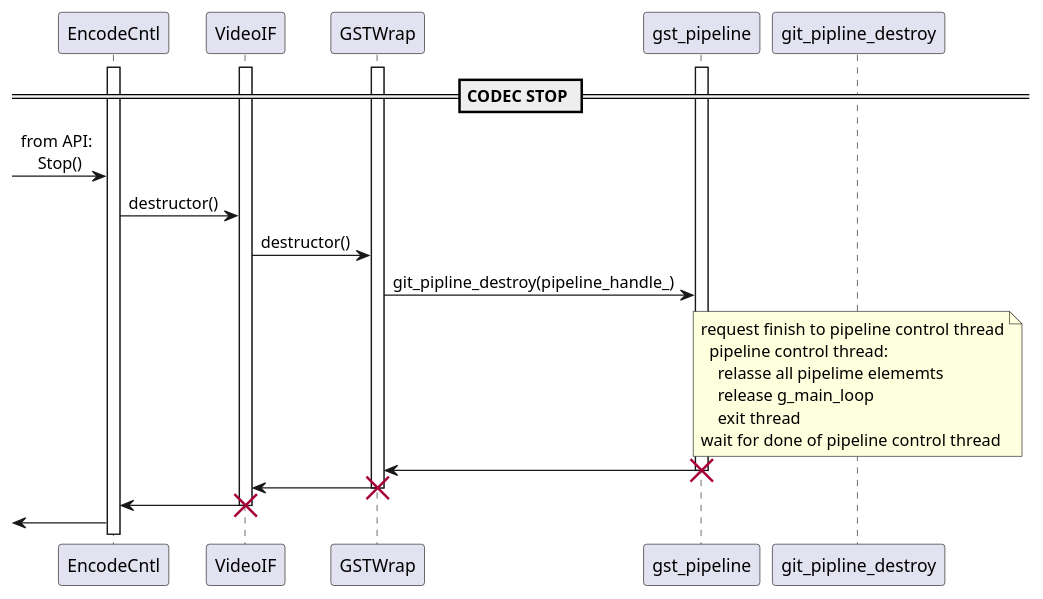
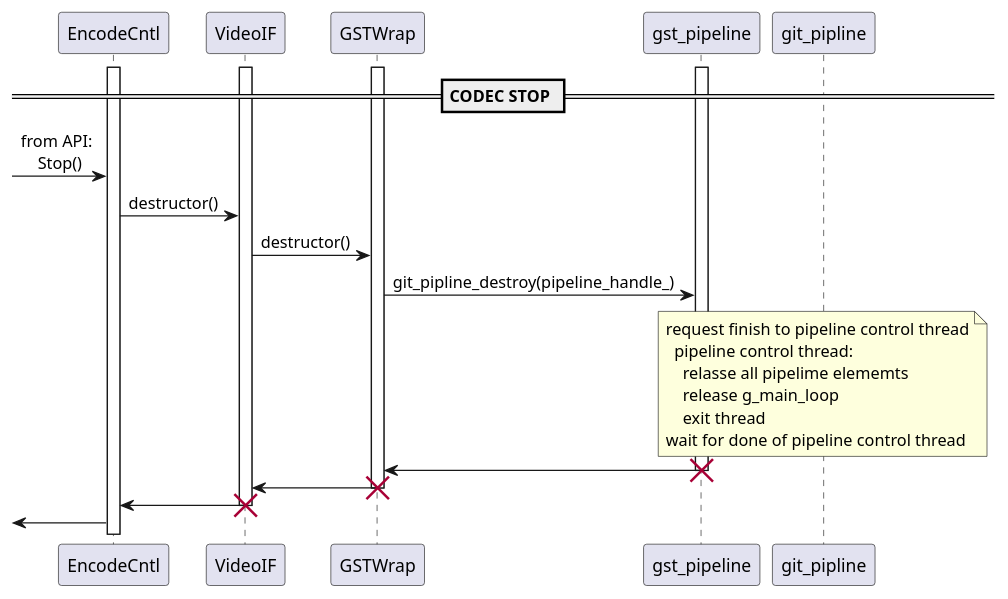
One commit to kom-xxx/test changed the diagram in adoc/encode/codec_destroy.puml. Above: the diagram before and after it, drawn with PlantUML. The commit also changed 4 other files, not shown here.

```diff
--- a/adoc/encode/codec_destroy.puml
+++ b/adoc/encode/codec_destroy.puml
@@ -1,42 +1,42 @@
 @startuml
 'participant NodeRef
 'participant EditCntl
 participant EncodeCntl
 'participant EncodeCntlThread
 'participant thread_function
 participant VideoIF
 'participant VideoOutput
 'participant VideoEncoder
 'participant EncoderBase
 'participant VideoStreamPacket
 participant GSTWrap
 participant gst_pipeline
 
 activate EncodeCntl
 'activate EncodeCntlThread
 activate VideoIF
 activate GSTWrap
 activate gst_pipeline
 
 == CODEC STOP ==
 [-> EncodeCntl: from API:\n    Stop()
 EncodeCntl -> VideoIF : destructor()
 VideoIF -> GSTWrap : destructor()
 GSTWrap -> gst_pipeline : git_pipline_destroy(pipeline_handle_)
-note over git_pipline_destroy
+note over git_pipline
 request finish to pipeline control thread
   pipeline control thread:
     relasse all pipelime elememts
     release g_main_loop
     exit thread
 wait for done of pipeline control thread
 end note
 GSTWrap <- gst_pipeline
 destroy gst_pipeline
 VideoIF <- GSTWrap
 destroy GSTWrap
 EncodeCntl <- VideoIF
 destroy VideoIF
 [<- EncodeCntl
 
 @enduml
```
